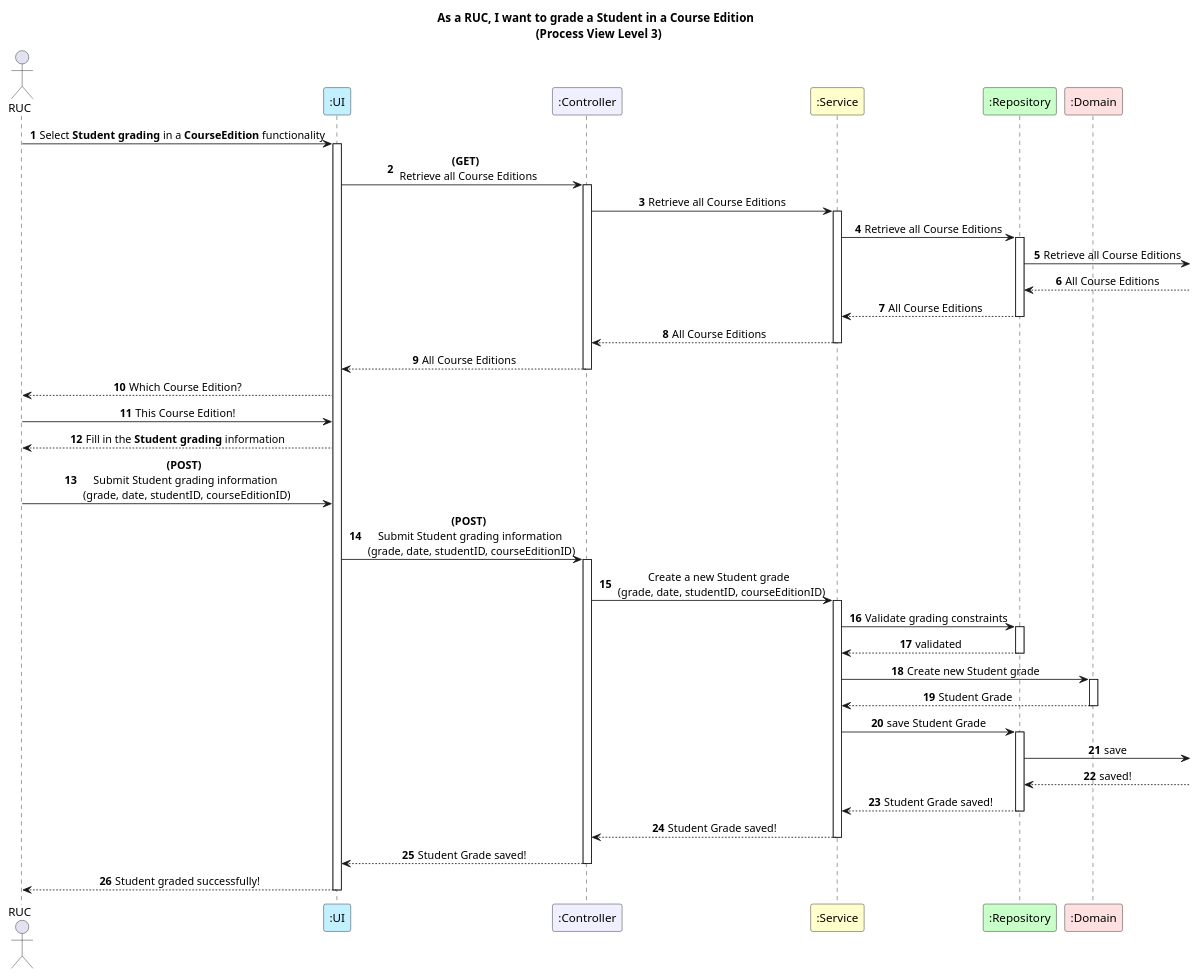
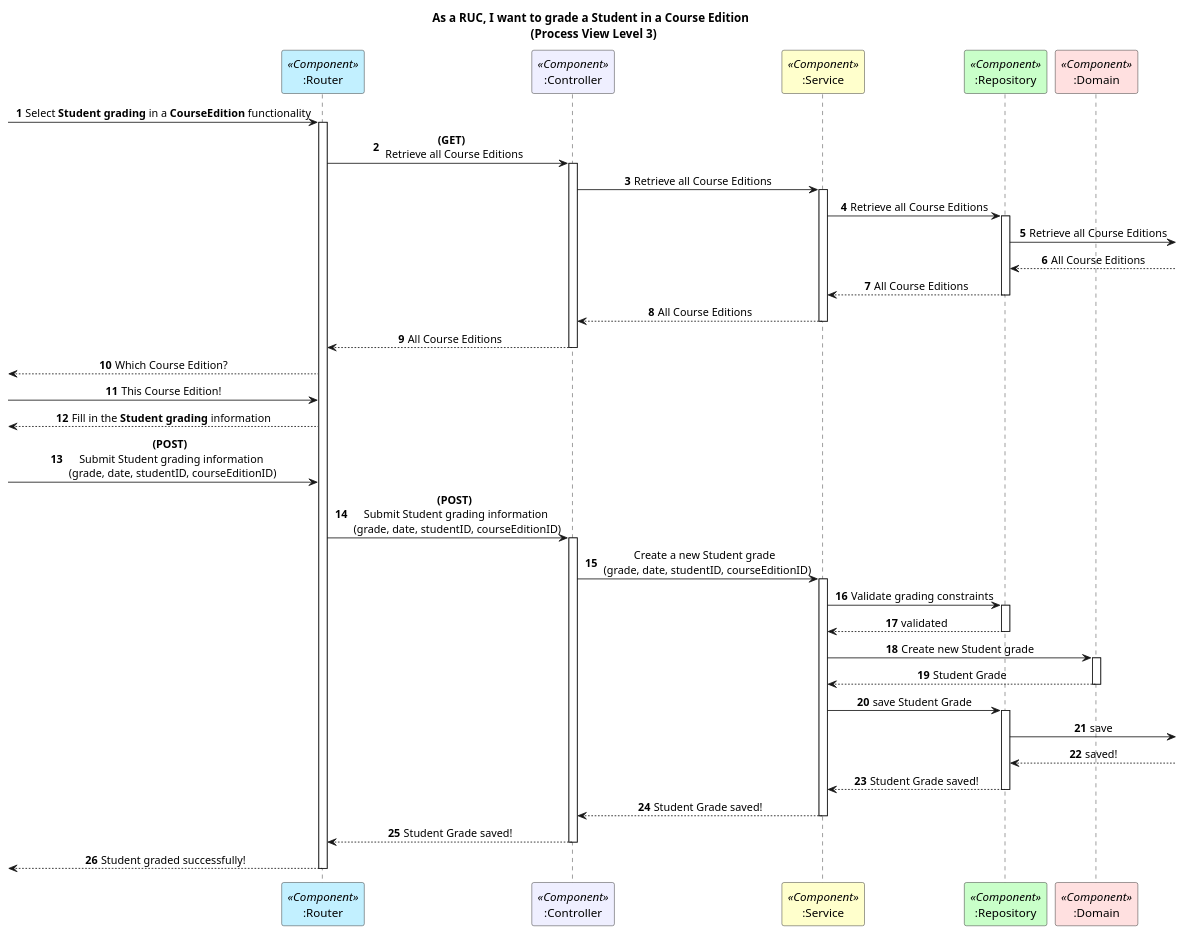
Before and after one commit to GasparISEP/DevOps-PAI: the diagram in docs/US22/REST_API/ProcessView/Level3.puml, drawn with PlantUML. The commit also changed 8 other files, not shown here.

Commit message:
Refs #560: Create simple level 1 ScenarioView UseCase diagram + alterations to ProcessView diagrams regarding C4 and 4+1 best practices

```diff
--- a/docs/US22/REST_API/ProcessView/Level3.puml
+++ b/docs/US22/REST_API/ProcessView/Level3.puml
@@ -1,70 +1,70 @@
 @startuml
 
 autonumber
 title As a RUC, I want to grade a Student in a Course Edition \n (Process View Level 3)
 skinparam sequencemessagealign center
 autonumber
 
-actor RUC
-participant ":UI" as ui #application
-participant ":Controller" as controller #motivation
-participant ":Service" as service #business
-participant ":Repository" as repo #technology
-participant ":Domain" as domain #implementation
 
-RUC -> ui : Select **Student grading** in a **CourseEdition** functionality
-activate ui
-ui -> controller : **(GET)** \n Retrieve all Course Editions
+participant ":Router" as router <<Component>> #application
+participant ":Controller" as controller <<Component>> #motivation
+participant ":Service" as service <<Component>> #business
+participant ":Repository" as repo <<Component>> #technology
+participant ":Domain" as domain <<Component>> #implementation
+
+ -> router : Select **Student grading** in a **CourseEdition** functionality
+activate router
+router -> controller : **(GET)** \n Retrieve all Course Editions
 activate controller
 controller -> service : Retrieve all Course Editions
 activate service
 service -> repo : Retrieve all Course Editions
 activate repo
 repo ->  : Retrieve all Course Editions
 repo <--  : All Course Editions
 
 repo --> service : All Course Editions
 deactivate repo
 service --> controller : All Course Editions
 deactivate service
-controller --> ui : All Course Editions
+controller --> router : All Course Editions
 deactivate controller
 
 
-ui --> RUC : Which Course Edition?
-RUC -> ui : This Course Edition!
-ui --> RUC : Fill in the **Student grading** information
-RUC -> ui : **(POST)** \n Submit Student grading information \n (grade, date, studentID, courseEditionID)
-ui -> controller : **(POST)** \n Submit Student grading information \n (grade, date, studentID, courseEditionID)
+ <-- router : Which Course Edition?
+ -> router : This Course Edition!
+ <-- router : Fill in the **Student grading** information
+ -> router : **(POST)** \n Submit Student grading information \n (grade, date, studentID, courseEditionID)
+router -> controller : **(POST)** \n Submit Student grading information \n (grade, date, studentID, courseEditionID)
 
 activate controller
 controller -> service : Create a new Student grade \n (grade, date, studentID, courseEditionID)
 
 activate service
 service -> repo : Validate grading constraints
 activate repo
 repo --> service : validated
 deactivate repo
 
 service -> domain : Create new Student grade
 activate domain
 domain --> service : Student Grade
 deactivate domain
 
 service -> repo : save Student Grade
 activate repo
 repo -> : save
 repo <--  : saved!
 repo --> service : Student Grade saved!
 deactivate repo
 
 service --> controller : Student Grade saved!
 deactivate service
 
-controller --> ui : Student Grade saved!
+controller --> router : Student Grade saved!
 deactivate controller
 
-ui --> RUC : Student graded successfully!
-deactivate ui
+ <-- router : Student graded successfully!
+deactivate router
 
 @enduml
```
